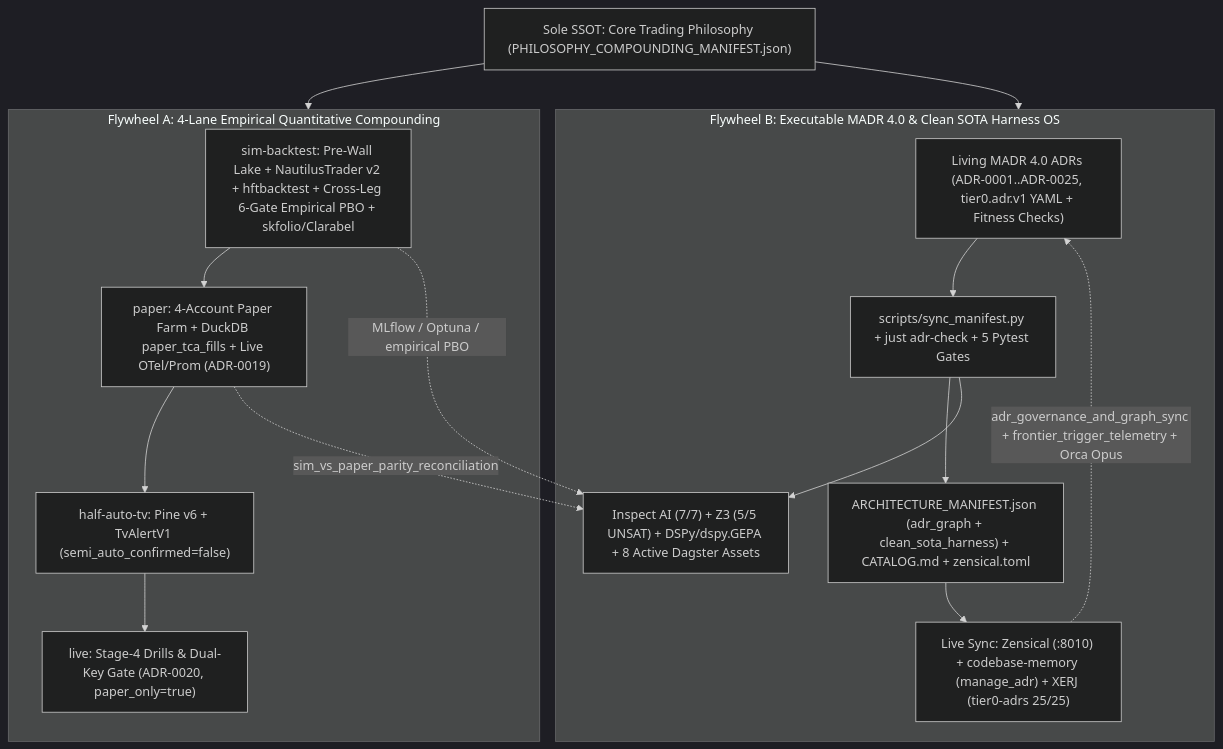
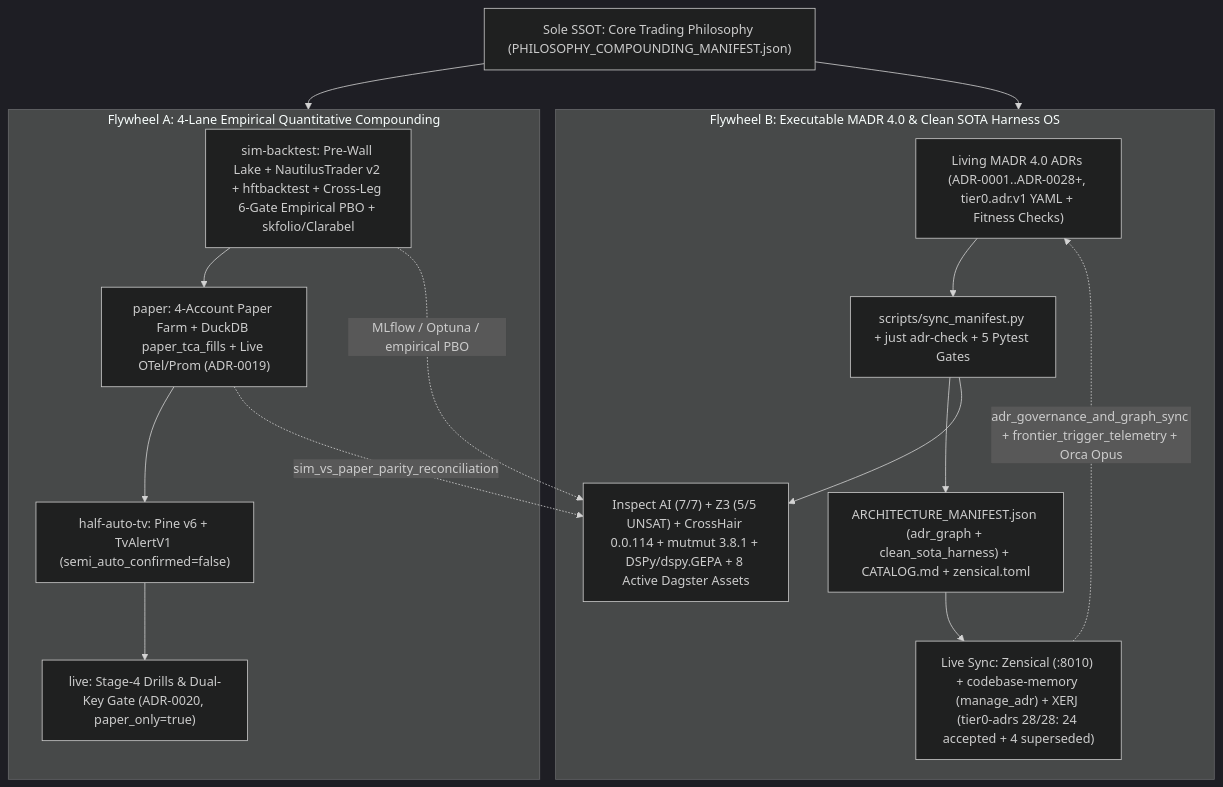
One commit to seathatflowsinourveins/noesis changed the diagram in docs/adr/ADR-0024.md. Above: the diagram before and after it, drawn with Mermaid (dark theme). The commit also changed other lines of this file and 51 other files, not shown here.

````diff
--- a/docs/adr/ADR-0024.md
+++ b/docs/adr/ADR-0024.md
@@ -92,19 +92,19 @@
 ```mermaid
 flowchart TD
     PHIL["Sole SSOT: Core Trading Philosophy (PHILOSOPHY_COMPOUNDING_MANIFEST.json)"] --> FWA
     PHIL --> FWB
     subgraph FWA ["Flywheel A: 4-Lane Empirical Quantitative Compounding"]
         L1["sim-backtest: Pre-Wall Lake + NautilusTrader v2 + hftbacktest + Cross-Leg 6-Gate Empirical PBO + skfolio/Clarabel"] --> L2["paper: 4-Account Paper Farm + DuckDB paper_tca_fills + Live OTel/Prom (ADR-0019)"]
         L2 --> L3["half-auto-tv: Pine v6 + TvAlertV1 (semi_auto_confirmed=false)"]
         L3 --> L4["live: Stage-4 Drills & Dual-Key Gate (ADR-0020, paper_only=true)"]
     end
     subgraph FWB ["Flywheel B: Executable MADR 4.0 & Clean SOTA Harness OS"]
-        ADR["Living MADR 4.0 ADRs (ADR-0001..ADR-0025, tier0.adr.v1 YAML + Fitness Checks)"] --> SYNC["scripts/sync_manifest.py + just adr-check + 5 Pytest Gates"]
+        ADR["Living MADR 4.0 ADRs (ADR-0001..ADR-0028+, tier0.adr.v1 YAML + Fitness Checks)"] --> SYNC["scripts/sync_manifest.py + just adr-check + 5 Pytest Gates"]
         SYNC --> MAN["ARCHITECTURE_MANIFEST.json (adr_graph + clean_sota_harness) + CATALOG.md + zensical.toml"]
-        SYNC --> EVAL["Inspect AI (7/7) + Z3 (5/5 UNSAT) + DSPy/dspy.GEPA + 8 Active Dagster Assets"]
-        MAN --> MEM["Live Sync: Zensical (:8010) + codebase-memory (manage_adr) + XERJ (tier0-adrs 25/25)"]
+        SYNC --> EVAL["Inspect AI (7/7) + Z3 (5/5 UNSAT) + CrossHair 0.0.114 + mutmut 3.8.1 + DSPy/dspy.GEPA + 8 Active Dagster Assets"]
+        MAN --> MEM["Live Sync: Zensical (:8010) + codebase-memory (manage_adr) + XERJ (tier0-adrs 28/28: 24 accepted + 4 superseded)"]
     end
     L1 -. "MLflow / Optuna / empirical PBO" .-> EVAL
     L2 -. "sim_vs_paper_parity_reconciliation" .-> EVAL
     MEM -. "adr_governance_and_graph_sync + frontier_trigger_telemetry + Orca Opus" .-> ADR
 ```
````
